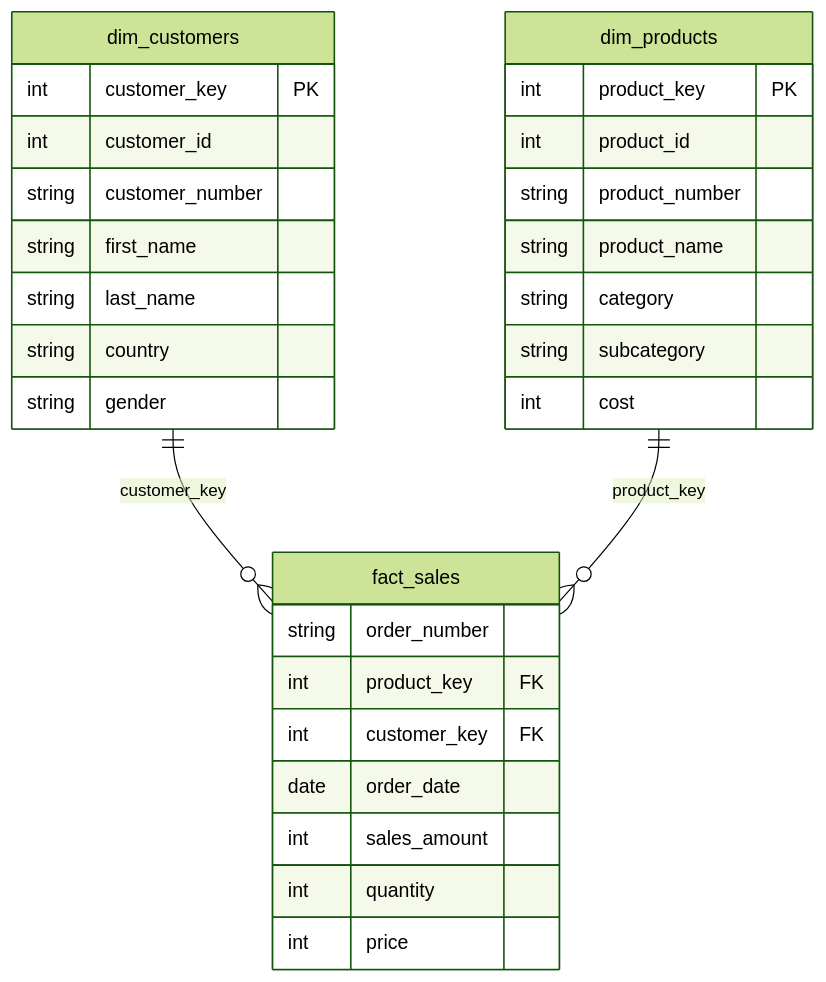
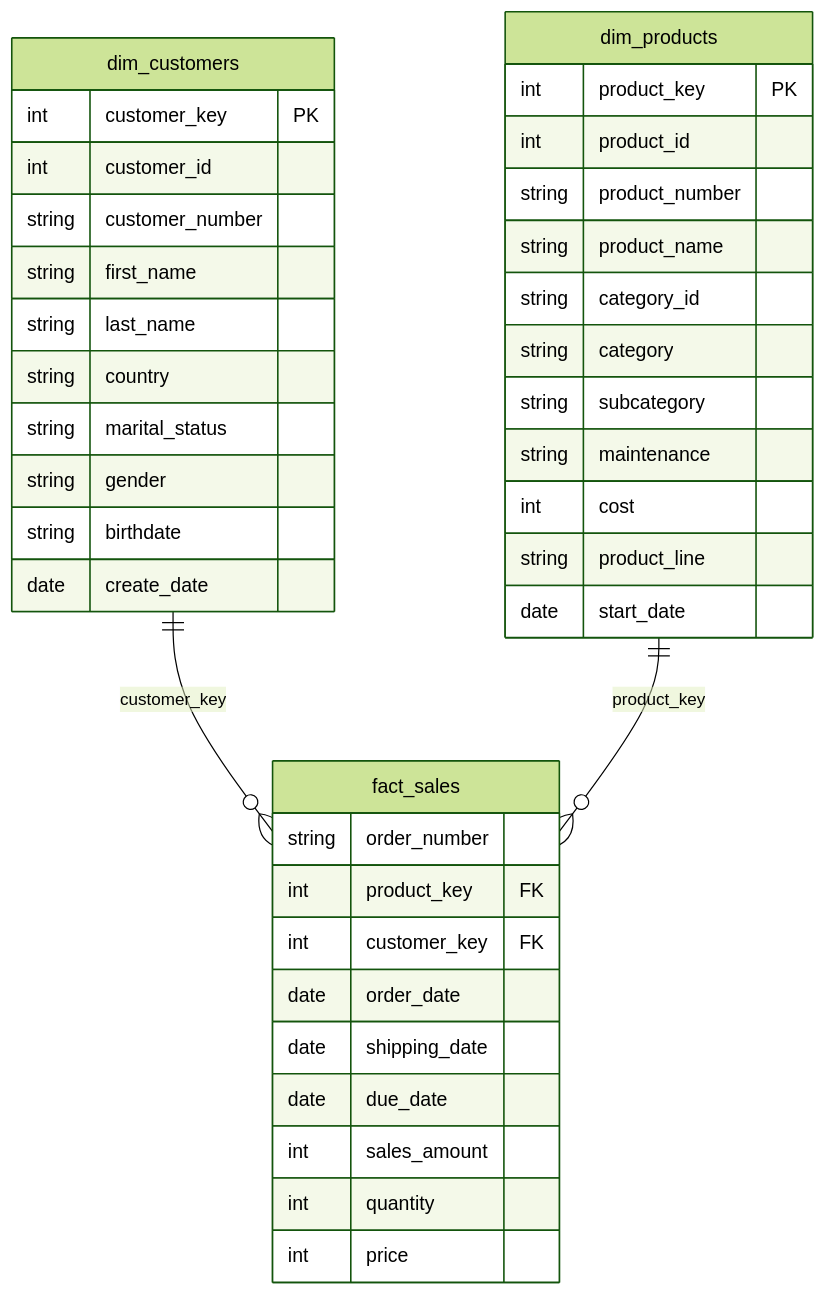
One commit to DrVillain/sql-data-warehouse-practice-project changed the second of 2 diagrams in README.md. Above: the diagram before and after it, drawn with Mermaid (forest theme).

````diff
--- a/README.md
+++ b/README.md
@@ -52,35 +52,44 @@
 ```mermaid
 erDiagram
     dim_customers ||--o{ fact_sales : "customer_key"
     dim_products ||--o{ fact_sales : "product_key"
 
     dim_customers {
         int customer_key PK
         int customer_id
         string customer_number
         string first_name
         string last_name
         string country
+        string marital_status
         string gender
+        string birthdate
+        date create_date
     }
 
     dim_products {
         int product_key PK
         int product_id
         string product_number
         string product_name
+        string category_id
         string category
         string subcategory
+        string maintenance
         int cost
+        string product_line
+        date start_date
     }
 
     fact_sales {
         string order_number
         int product_key FK
         int customer_key FK
         date order_date
+        date shipping_date
+        date due_date
         int sales_amount
         int quantity
         int price
     }
 ```
````
